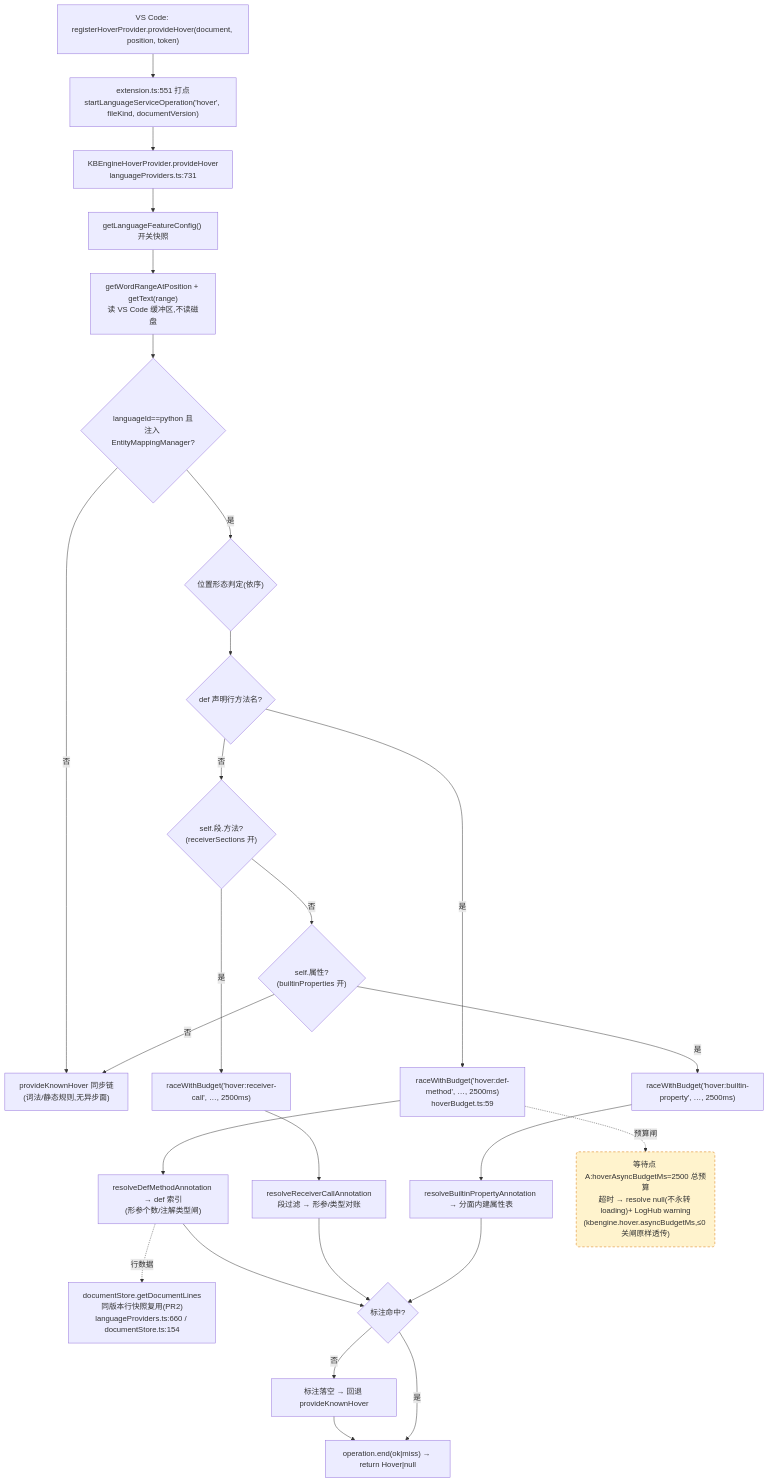
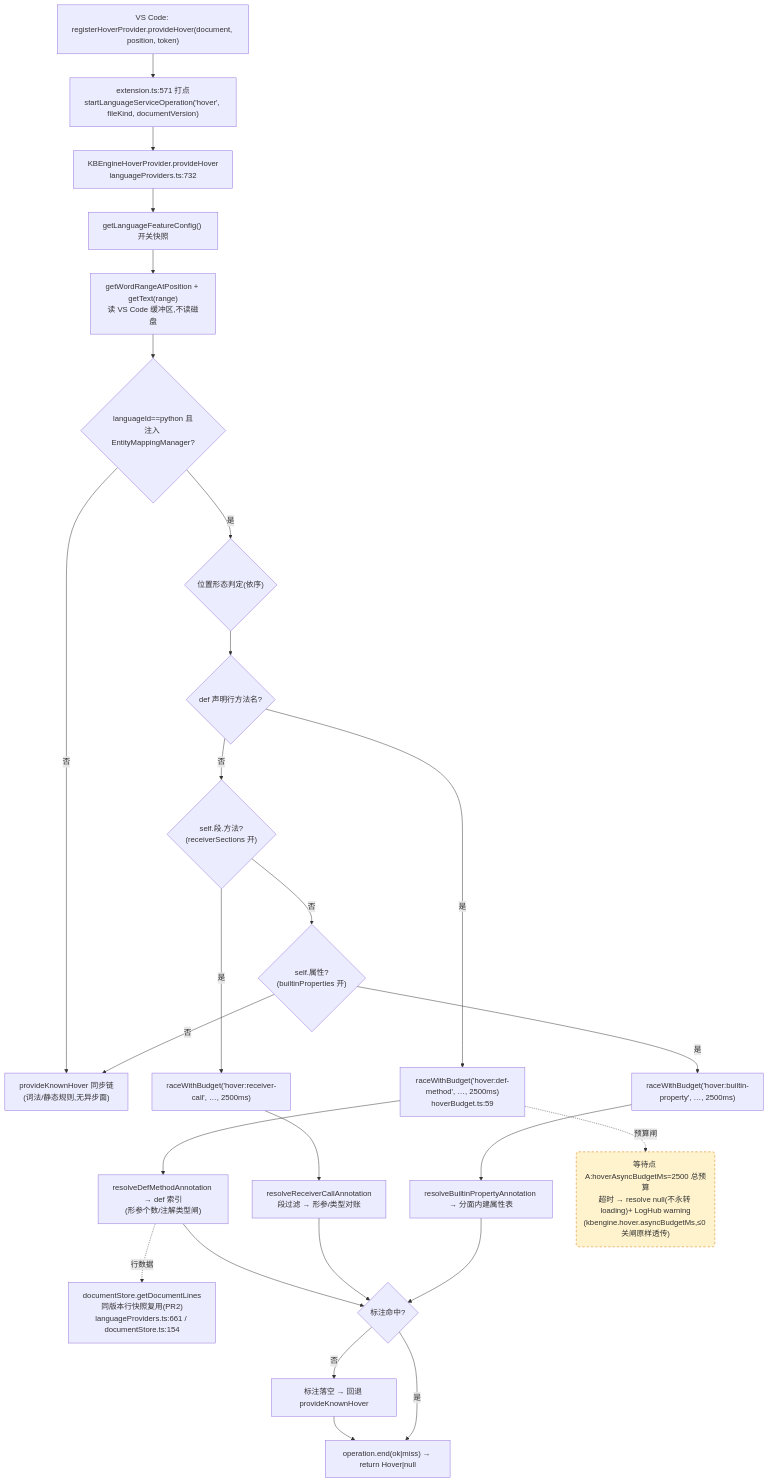
The first of 4 diagrams in docs/perf/2026-baseline.md (cuihairu/kode), drawn with Mermaid before and after one commit. The commit also changed other lines of this file and 7 other files, not shown here.

````diff
--- a/docs/perf/2026-baseline.md
+++ b/docs/perf/2026-baseline.md
@@ -82,45 +82,45 @@
 ```mermaid
 flowchart TD
   VC1["VS Code: registerHoverProvider.provideHover(document, position, token)"]
-  M1["extension.ts:551 打点<br/>startLanguageServiceOperation('hover', fileKind, documentVersion)"]
-  HP["KBEngineHoverProvider.provideHover<br/>languageProviders.ts:731"]
+  M1["extension.ts:571 打点<br/>startLanguageServiceOperation('hover', fileKind, documentVersion)"]
+  HP["KBEngineHoverProvider.provideHover<br/>languageProviders.ts:732"]
   CFG["getLanguageFeatureConfig() 开关快照"]
   WORD["getWordRangeAtPosition + getText(range)<br/>读 VS Code 缓冲区,不读磁盘"]
   BR{"languageId==python 且<br/>注入 EntityMappingManager?"}
   KN["provideKnownHover 同步链<br/>(词法/静态规则,无异步面)"]
   POS{"位置形态判定(依序)"}
   D1{"def 声明行方法名?"}
   D2{"self.段.方法?<br/>(receiverSections 开)"}
   D3{"self.属性?<br/>(builtinProperties 开)"}
   RA1["raceWithBudget('hover:def-method', …, 2500ms)<br/>hoverBudget.ts:59"]
   RA2["raceWithBudget('hover:receiver-call', …, 2500ms)"]
   RA3["raceWithBudget('hover:builtin-property', …, 2500ms)"]
   RS1["resolveDefMethodAnnotation → def 索引<br/>(形参个数/注解类型闸)"]
   RS2["resolveReceiverCallAnnotation<br/>段过滤 → 形参/类型对账"]
   RS3["resolveBuiltinPropertyAnnotation → 分面内建属性表"]
-  LINES["documentStore.getDocumentLines<br/>同版本行快照复用(PR2)<br/>languageProviders.ts:660 / documentStore.ts:154"]
+  LINES["documentStore.getDocumentLines<br/>同版本行快照复用(PR2)<br/>languageProviders.ts:661 / documentStore.ts:154"]
   MISS["标注落空 → 回退 provideKnownHover"]
   END1["operation.end(ok|miss) → return Hover|null"]
 
   VC1 --> M1 --> HP --> CFG --> WORD --> BR
   BR -- "否" --> KN
   BR -- "是" --> POS --> D1
   D1 -- "是" --> RA1 --> RS1
   D1 -- "否" --> D2
   D2 -- "是" --> RA2 --> RS2
   D2 -- "否" --> D3
   D3 -- "是" --> RA3 --> RS3
   D3 -- "否" --> KN
   RS1 --> HIT{"标注命中?"}
   RS2 --> HIT
   RS3 --> HIT
   RS1 -.->|行数据| LINES
   HIT -- "否" --> MISS --> END1
   HIT -- "是" --> END1
 
   WAITA("等待点 A:hoverAsyncBudgetMs=2500 总预算<br/>超时 → resolve null(不永转 loading)+ LogHub warning<br/>(kbengine.hover.asyncBudgetMs,≤0 关闸原样透传)")
   RA1 -.->|预算闸| WAITA
 
   classDef waitPoint fill:#fff3cd,stroke:#d97706,stroke-dasharray:5 4;
   class WAITA waitPoint;
 ```
````
